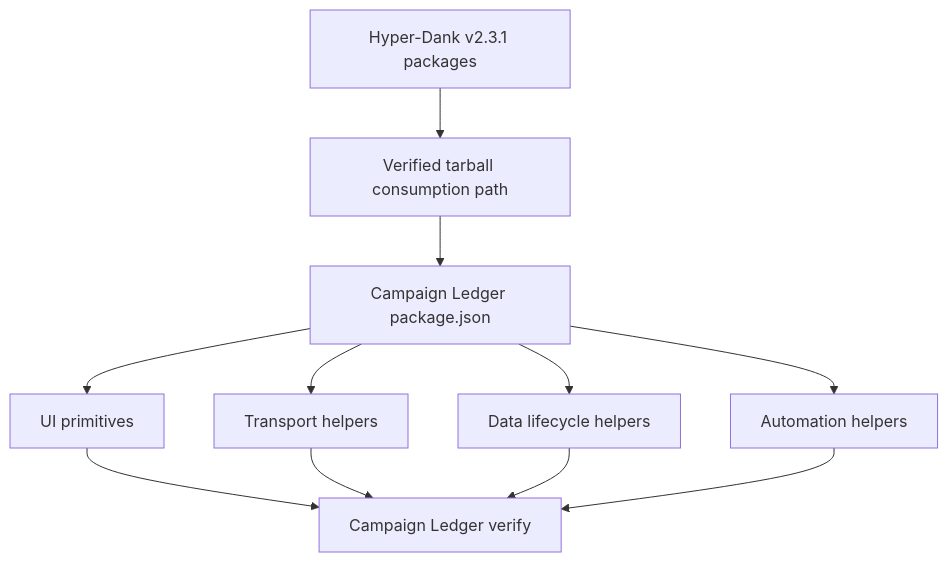
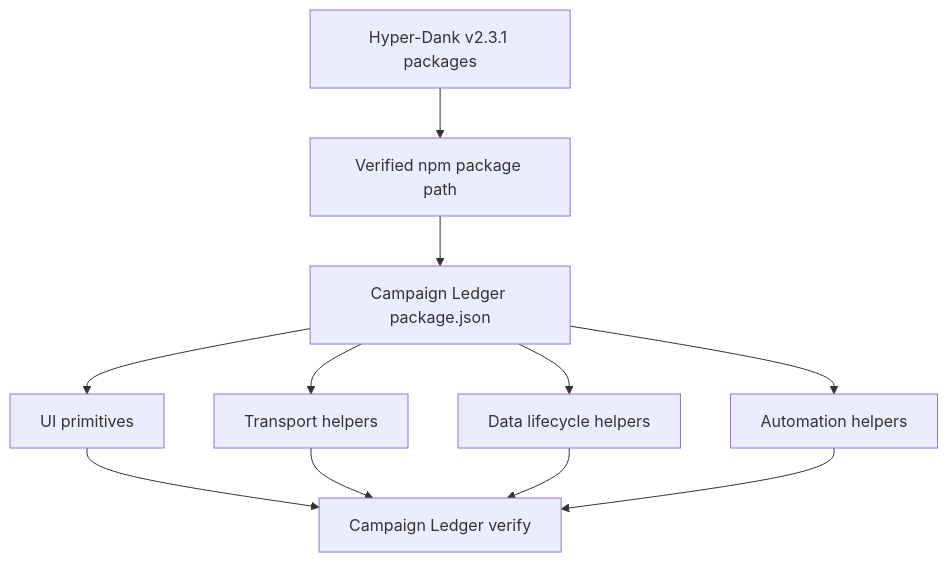
The diagram in docs/epics/sheet-0040.md (Macavitymadcap/character-sheet), drawn with Mermaid before and after one commit. The commit also changed other lines of this file and 10 other files, not shown here.

Commit message:
sheet-0046: Use published Hyper-Dank packages

````diff
--- a/docs/epics/sheet-0040.md
+++ b/docs/epics/sheet-0040.md
@@ -95,13 +90,13 @@
 ```mermaid
 flowchart TD
-    A["Hyper-Dank v2.3.1 packages"] --> B["Verified tarball consumption path"]
+    A["Hyper-Dank v2.3.1 packages"] --> B["Verified npm package path"]
     B --> C["Campaign Ledger package.json"]
     C --> D["UI primitives"]
     C --> E["Transport helpers"]
     C --> F["Data lifecycle helpers"]
     C --> G["Automation helpers"]
     D --> H["Campaign Ledger verify"]
     E --> H
     F --> H
     G --> H
 ```
````
